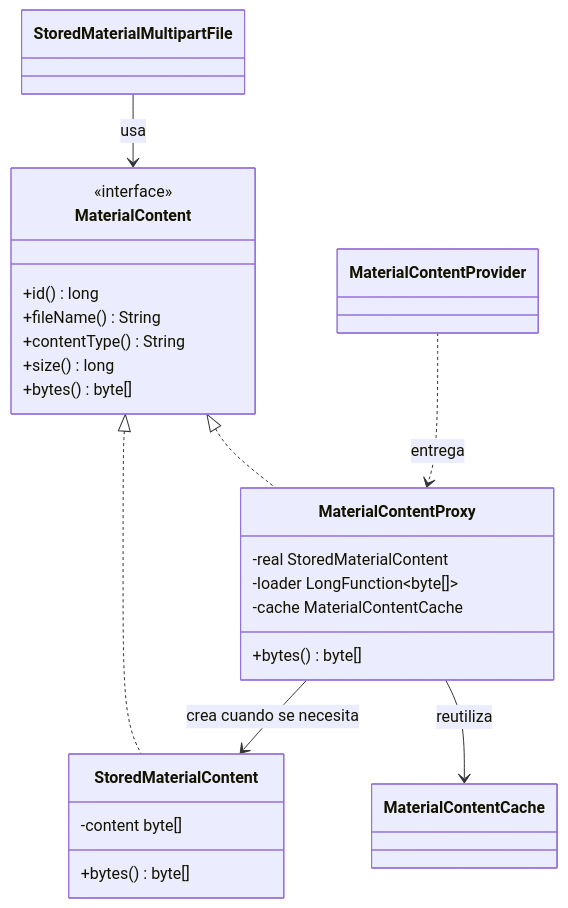
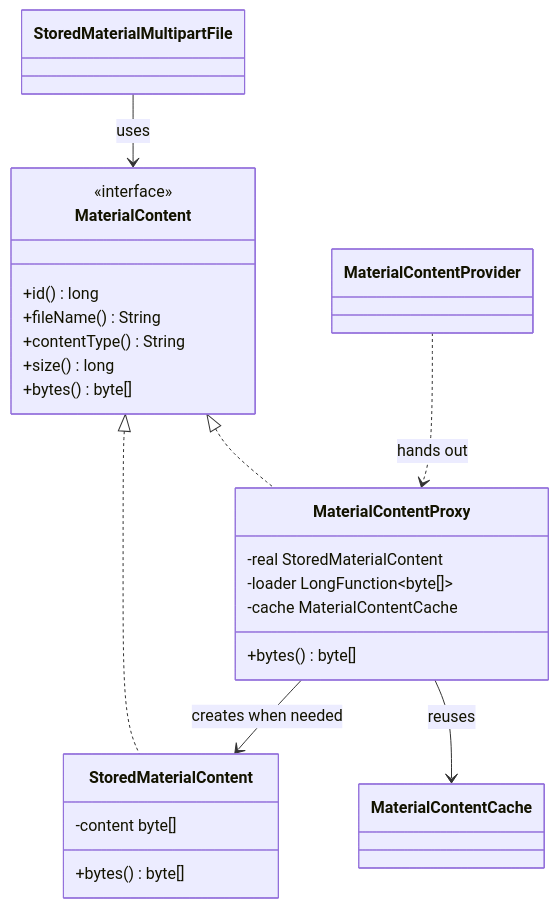
The diagram in docs/proxy-pattern.md (AndresDelgadoCas/Backend-proyect), drawn with Mermaid before and after one commit. The commit also changed other lines of this file and 4 other files, not shown here.

````diff
--- a/docs/proxy-pattern.md
+++ b/docs/proxy-pattern.md
@@ -24,27 +24,27 @@
 ```mermaid
 classDiagram
     class MaterialContent {
         <<interface>>
         +id() long
         +fileName() String
         +contentType() String
         +size() long
         +bytes() byte[]
     }
     class StoredMaterialContent {
         -content byte[]
         +bytes() byte[]
     }
     class MaterialContentProxy {
         -real StoredMaterialContent
         -loader LongFunction~byte[]~
         -cache MaterialContentCache
         +bytes() byte[]
     }
     MaterialContent <|.. StoredMaterialContent
     MaterialContent <|.. MaterialContentProxy
-    MaterialContentProxy --> StoredMaterialContent : crea cuando se necesita
-    MaterialContentProxy --> MaterialContentCache : reutiliza
-    MaterialContentProvider ..> MaterialContentProxy : entrega
-    StoredMaterialMultipartFile --> MaterialContent : usa
+    MaterialContentProxy --> StoredMaterialContent : creates when needed
+    MaterialContentProxy --> MaterialContentCache : reuses
+    MaterialContentProvider ..> MaterialContentProxy : hands out
+    StoredMaterialMultipartFile --> MaterialContent : uses
 ```
````
